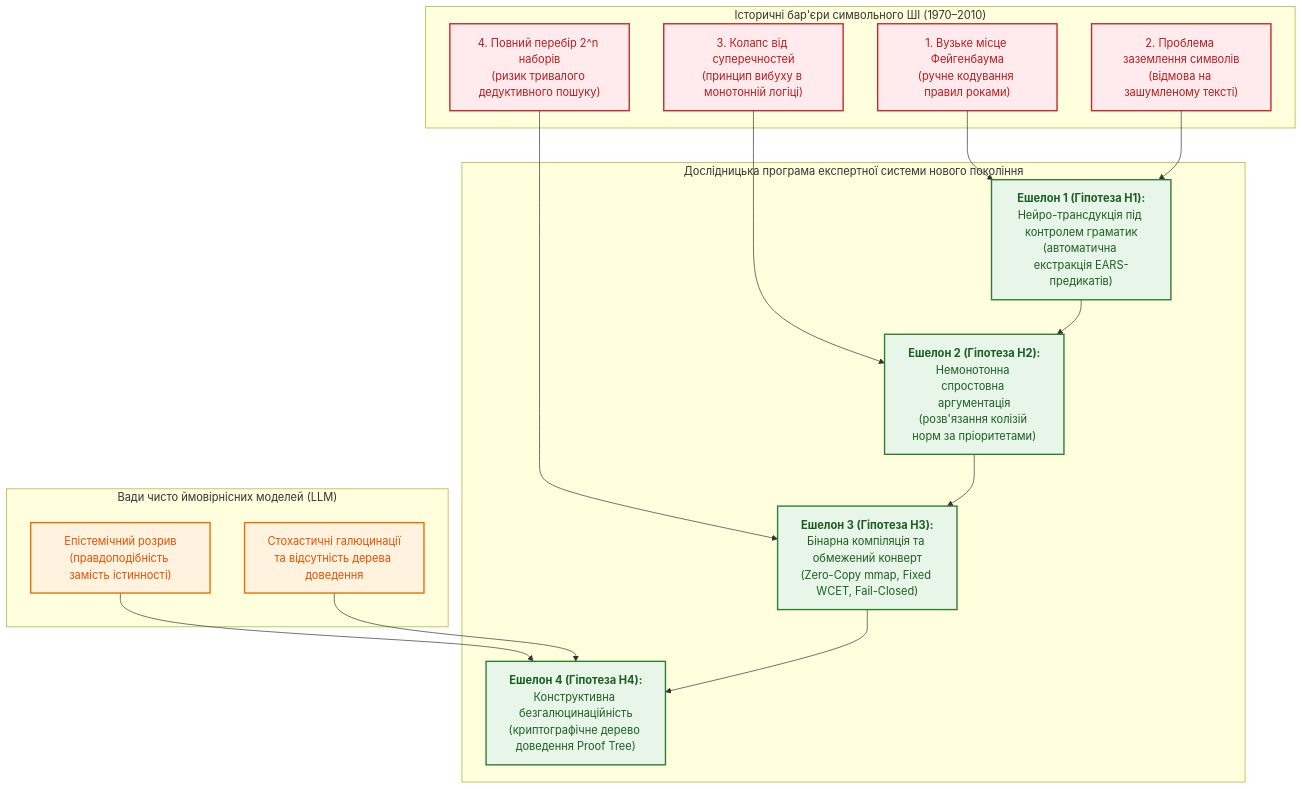
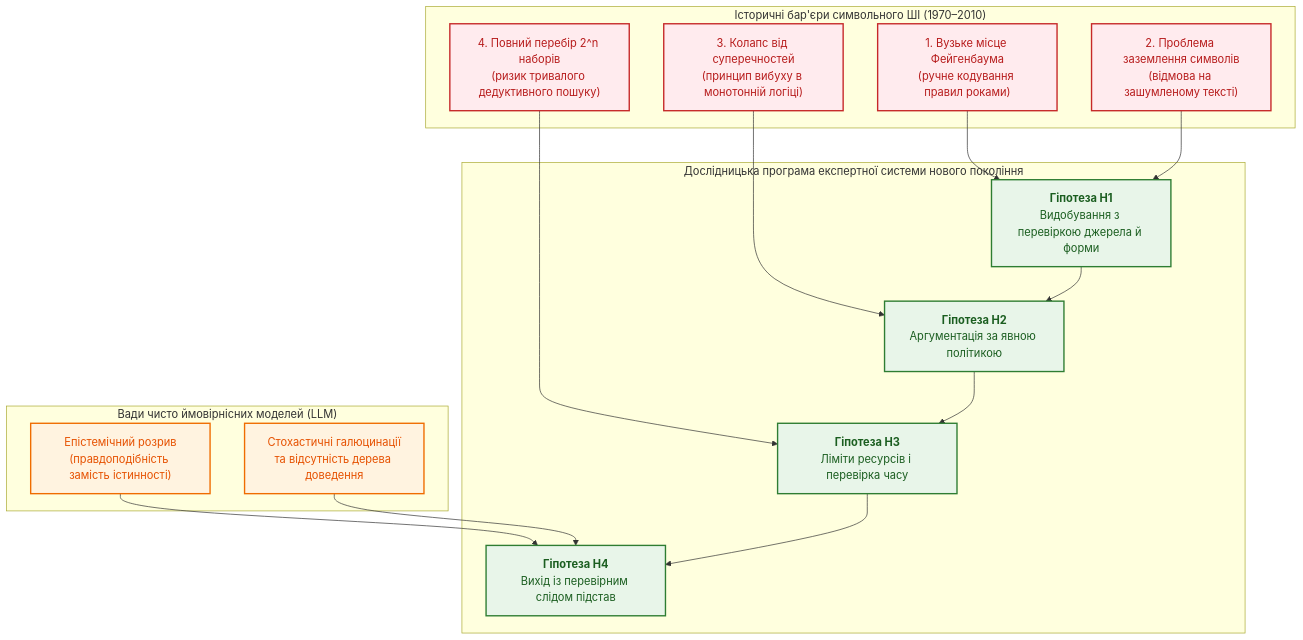
Before and after one commit to nick-fedchik/articles: the third of 11 diagrams in ExpertSystem/ch04-evolution-from-bayes-to-evidence-ai.md, drawn with Mermaid. The commit also changed other lines of this file and 19 other files, not shown here.

````diff
--- a/ExpertSystem/ch04-evolution-from-bayes-to-evidence-ai.md
+++ b/ExpertSystem/ch04-evolution-from-bayes-to-evidence-ai.md
@@ -251,38 +268,38 @@
 ```mermaid
 flowchart TD
     accTitle: Архітектурний синтез експертної системи нового покоління
-    accDescr: Діаграма показує, як чотири історичні бар'єри класичних символьних систем та проблема галюцинацій імовірнісних моделей розв'язуються чотирма ешелонами доказової нейро-символьної архітектури.
+    accDescr: Чотири труднощі зіставлено з напрямами авторської дослідницької програми. Позначення H1–H4 є номерами гіпотез, а не доведеними гарантіями.
 
     subgraph Classic_Walls["Історичні бар'єри символьного ШІ (1970–2010)"]
         CW1["1. Вузьке місце Фейгенбаума<br/>(ручне кодування правил роками)"]
         CW2["2. Проблема заземлення символів<br/>(відмова на зашумленому тексті)"]
         CW3["3. Колапс від суперечностей<br/>(принцип вибуху в монотонній логіці)"]
         CW4["4. Повний перебір 2^n наборів<br/>(ризик тривалого дедуктивного пошуку)"]
     end
 
     subgraph LLM_Flaws["Вади чисто ймовірнісних моделей (LLM)"]
         LF1["Епістемічний розрив<br/>(правдоподібність замість істинності)"]
         LF2["Стохастичні галюцинації<br/>та відсутність дерева доведення"]
     end
 
     subgraph NextGen_ES["Дослідницька програма експертної системи нового покоління"]
-        H1["<b>Ешелон 1 (Гіпотеза H1):</b><br/>Нейро-трансдукція під контролем граматик<br/>(автоматична екстракція EARS-предикатів)"]
-        H2["<b>Ешелон 2 (Гіпотеза H2):</b><br/>Немонотонна спростовна аргументація<br/>(розв'язання колізій норм за пріоритетами)"]
-        H3["<b>Ешелон 3 (Гіпотеза H3):</b><br/>Бінарна компіляція та обмежений конверт<br/>(Zero-Copy mmap, Fixed WCET, Fail-Closed)"]
-        H4["<b>Ешелон 4 (Гіпотеза H4):</b><br/>Конструктивна безгалюцинаційність<br/>(криптографічне дерево доведення Proof Tree)"]
+        H1["<b>Гіпотеза H1</b><br/>Видобування з перевіркою джерела й форми"]
+        H2["<b>Гіпотеза H2</b><br/>Аргументація за явною політикою"]
+        H3["<b>Гіпотеза H3</b><br/>Ліміти ресурсів і перевірка часу"]
+        H4["<b>Гіпотеза H4</b><br/>Вихід із перевірним слідом підстав"]
     end
 
     CW1 & CW2 --> H1
     CW3 --> H2
     CW4 --> H3
     LF1 & LF2 --> H4
     H1 --> H2 --> H3 --> H4
 
     classDef wall fill:#ffebee,stroke:#c62828,stroke-width:2px,color:#b71c1c;
     classDef flaw fill:#fff3e0,stroke:#ef6c00,stroke-width:2px,color:#e65100;
     classDef synth fill:#e8f5e9,stroke:#2e7d32,stroke-width:2px,color:#1b5e20;
 
     class CW1,CW2,CW3,CW4 wall;
     class LF1,LF2 flaw;
     class H1,H2,H3,H4 synth;
 ```
````
